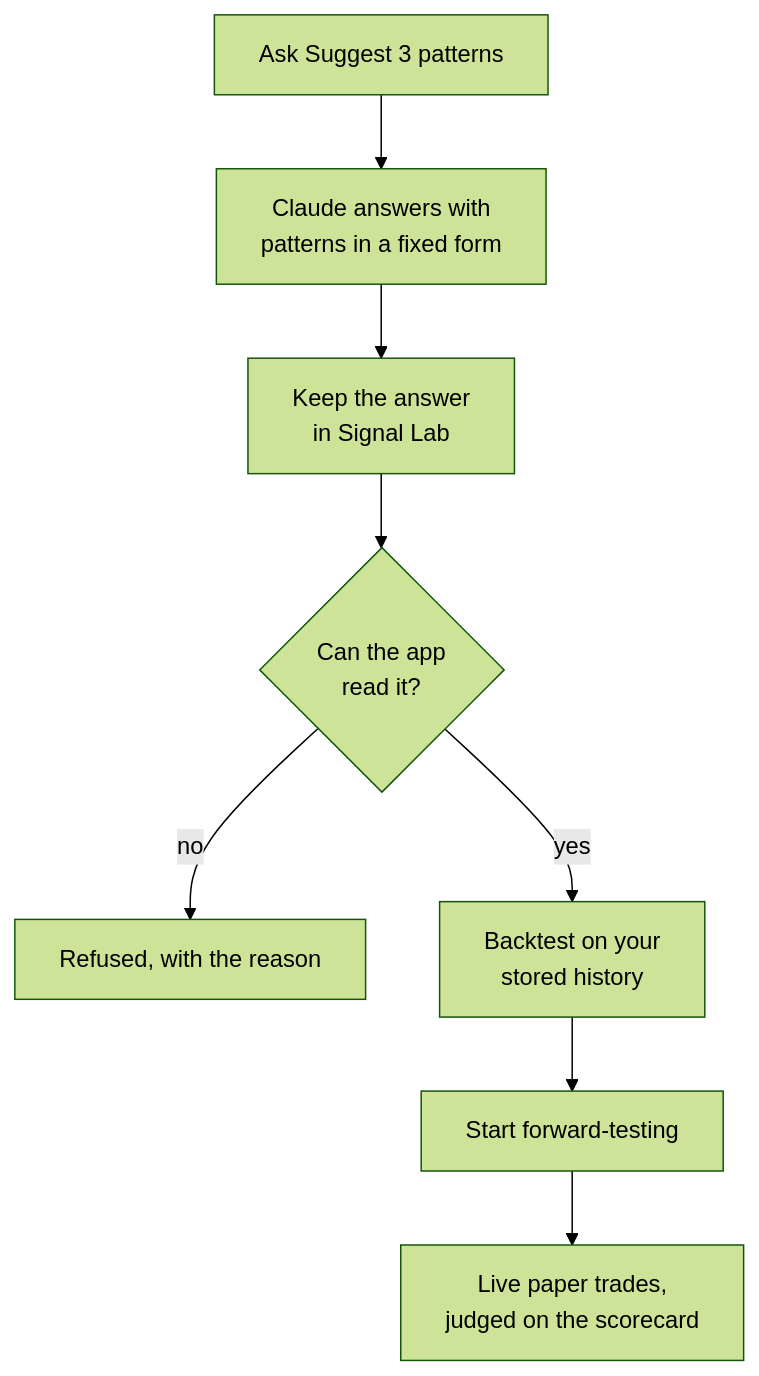
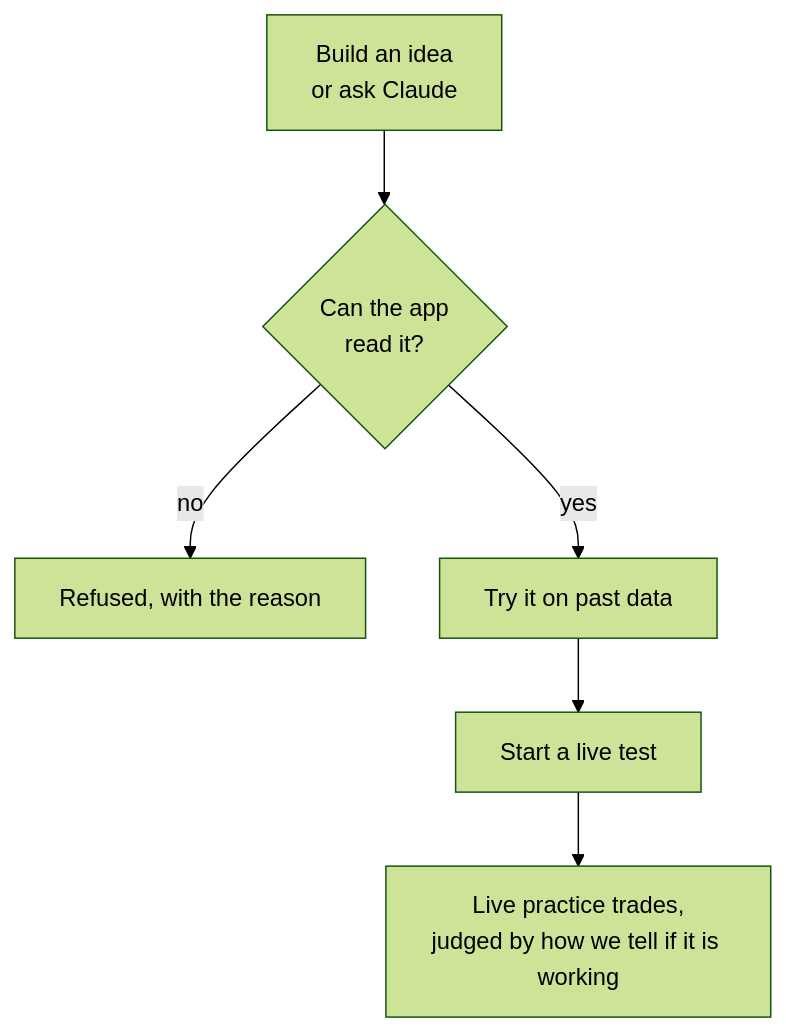
The diagram in app/src/main/assets/learn/pages/pattern-lab.md (ikverse/Signal-Lab-Android), drawn with Mermaid (forest theme) before and after one commit. The commit also changed other lines of this file and 62 other files, not shown here.

First line of the commit message:
Rebuild the app around Today, Does it work?, Lab and Coins in plain words

````diff
--- a/app/src/main/assets/learn/pages/pattern-lab.md
+++ b/app/src/main/assets/learn/pages/pattern-lab.md
@@ -7,10 +9,8 @@
 ```mermaid
 flowchart TD
-  A[Ask Suggest 3 patterns] --> B[Claude answers with<br/>patterns in a fixed form]
-  B --> C[Keep the answer<br/>in Signal Lab]
-  C --> D{Can the app<br/>read it?}
-  D -- no --> R[Refused, with the reason]
-  D -- yes --> E[Backtest on your<br/>stored history]
-  E --> F[Start forward-testing]
-  F --> G[Live paper trades,<br/>judged on the scorecard]
+  A[Build an idea<br/>or ask Claude] --> B{Can the app<br/>read it?}
+  B -- no --> R[Refused, with the reason]
+  B -- yes --> E[Try it on past data]
+  E --> F[Start a live test]
+  F --> G[Live practice trades,<br/>judged by how we tell if it is working]
 ```
````
